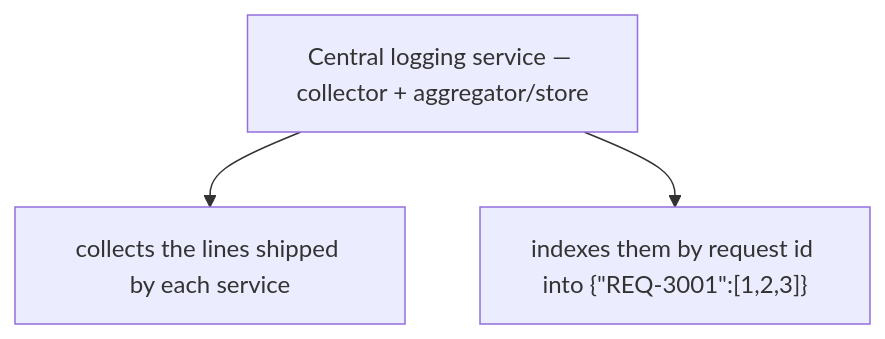
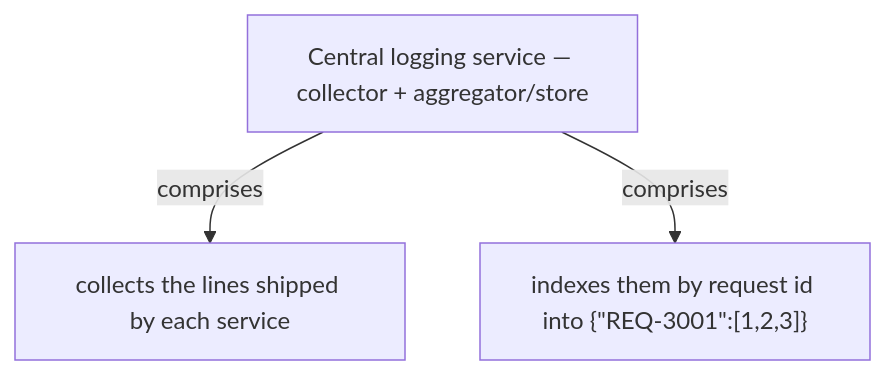
One commit to vinayakuber/microservices-io-study-guide changed the sixth of 13 diagrams in docs/ch36-log-aggregation.md. Above: the diagram before and after it, drawn with Mermaid. The commit also changed other lines of this file and 71 other files, not shown here.

First line of the commit message:
R18: label every diagram arrow with its meaning

````diff
--- a/docs/ch36-log-aggregation.md
+++ b/docs/ch36-log-aggregation.md
@@ -214,6 +214,6 @@
 ```mermaid
 flowchart TD
   R["Central logging service — collector + aggregator/store"]
-  R --> P0["collects the lines shipped by each service"]
-  R --> P1["indexes them by request id into {#quot;REQ-3001#quot;:[1,2,3]}"]
+  R -->|"comprises"| P0["collects the lines shipped by each service"]
+  R -->|"comprises"| P1["indexes them by request id into {#quot;REQ-3001#quot;:[1,2,3]}"]
 ```
````
